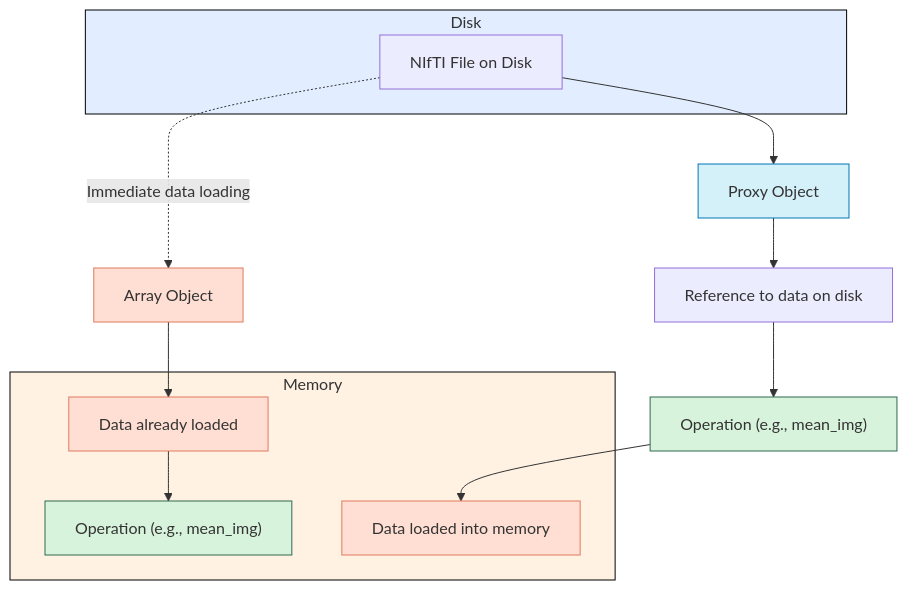
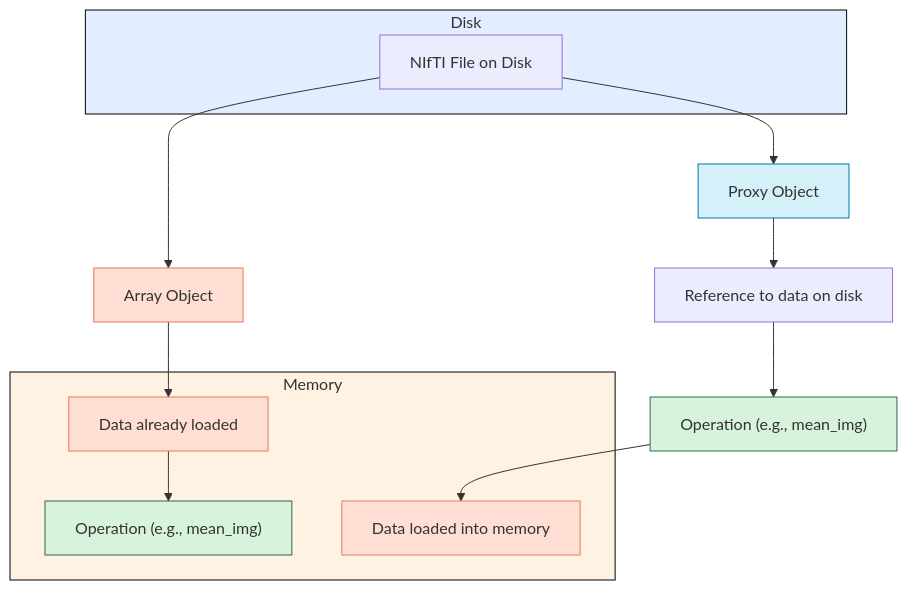
Before and after one commit to nilearn/nilearn: the diagram in doc/building_blocks/performance_comparison.rst, drawn with Mermaid. The commit also changed other lines of this file, not shown here.

```diff
--- a/doc/building_blocks/performance_comparison.rst
+++ b/doc/building_blocks/performance_comparison.rst
@@ -41,36 +39,36 @@
 .. mermaid::
 
     flowchart TD
         subgraph "Disk"
             style Disk fill:#e2eeff,stroke:#000000
             NiftiFile["NIfTI File on Disk"]
         end
 
         ProxyObj["Proxy Object"]
         ProxyRef["Reference to data on disk"]
         OpFunction["Operation (e.g., mean_img)"]
 
         ArrayObj["Array Object"]
 
         subgraph "Memory"
             style Memory fill:#fff2e2,stroke:#000000
             MemData["Data already loaded"]
             ArrayOp["Operation (e.g., mean_img)"]
             LoadedData["Data loaded into memory"]
         end
 
         NiftiFile --> ProxyObj
         ProxyObj --> ProxyRef
         ProxyRef --> OpFunction
         OpFunction --> LoadedData
 
-        NiftiFile -. "Immediate data loading" .-> ArrayObj
+        NiftiFile --> ArrayObj
         ArrayObj --> MemData
         MemData --> ArrayOp
 
         style ProxyObj fill:#d4f1f9,stroke:#0077b6
         style ArrayObj fill:#ffdfd3,stroke:#e07a5f
         style OpFunction fill:#d8f3dc,stroke:#2d6a4f
         style ArrayOp fill:#d8f3dc,stroke:#2d6a4f
         style LoadedData fill:#ffdfd3,stroke:#e07a5f
         style MemData fill:#ffdfd3,stroke:#e07a5f
```
